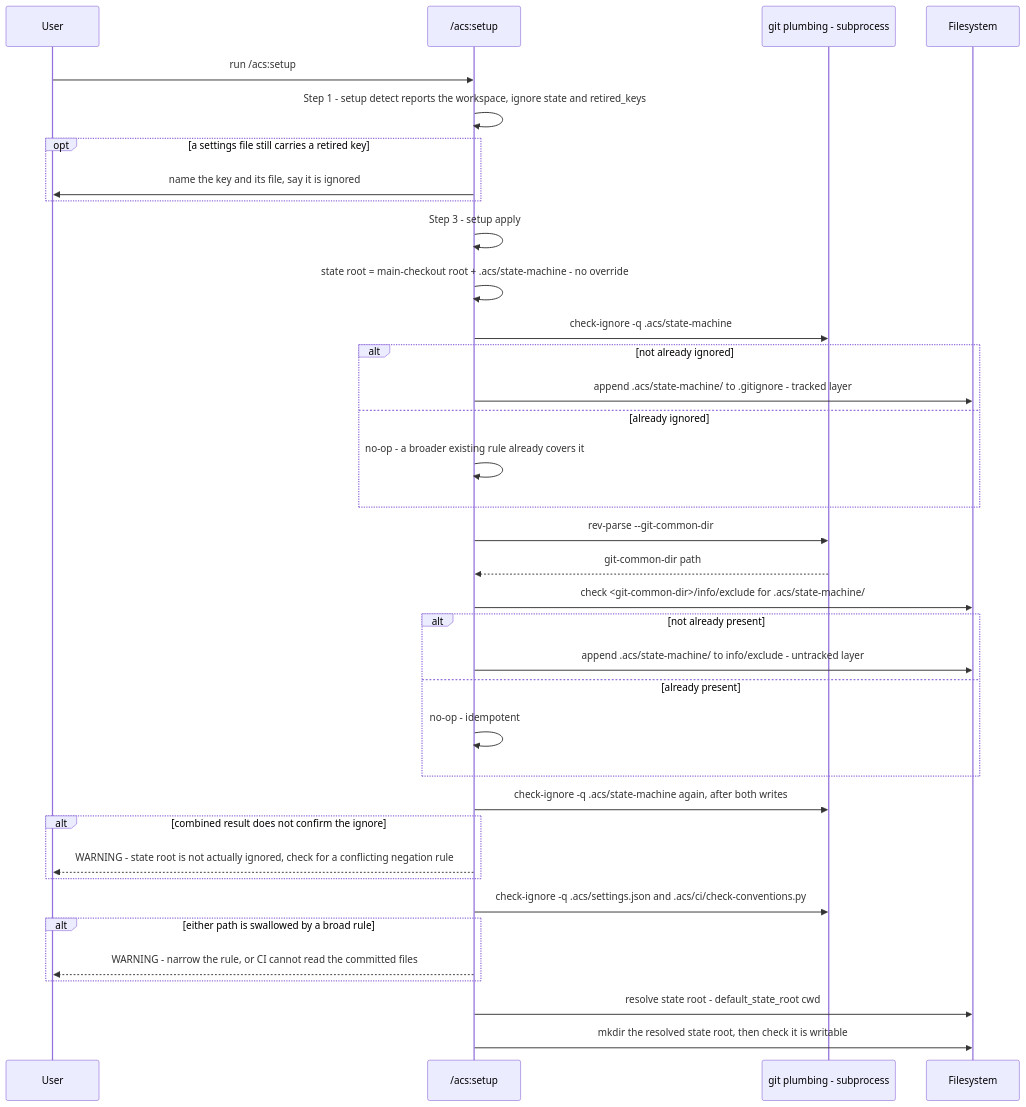
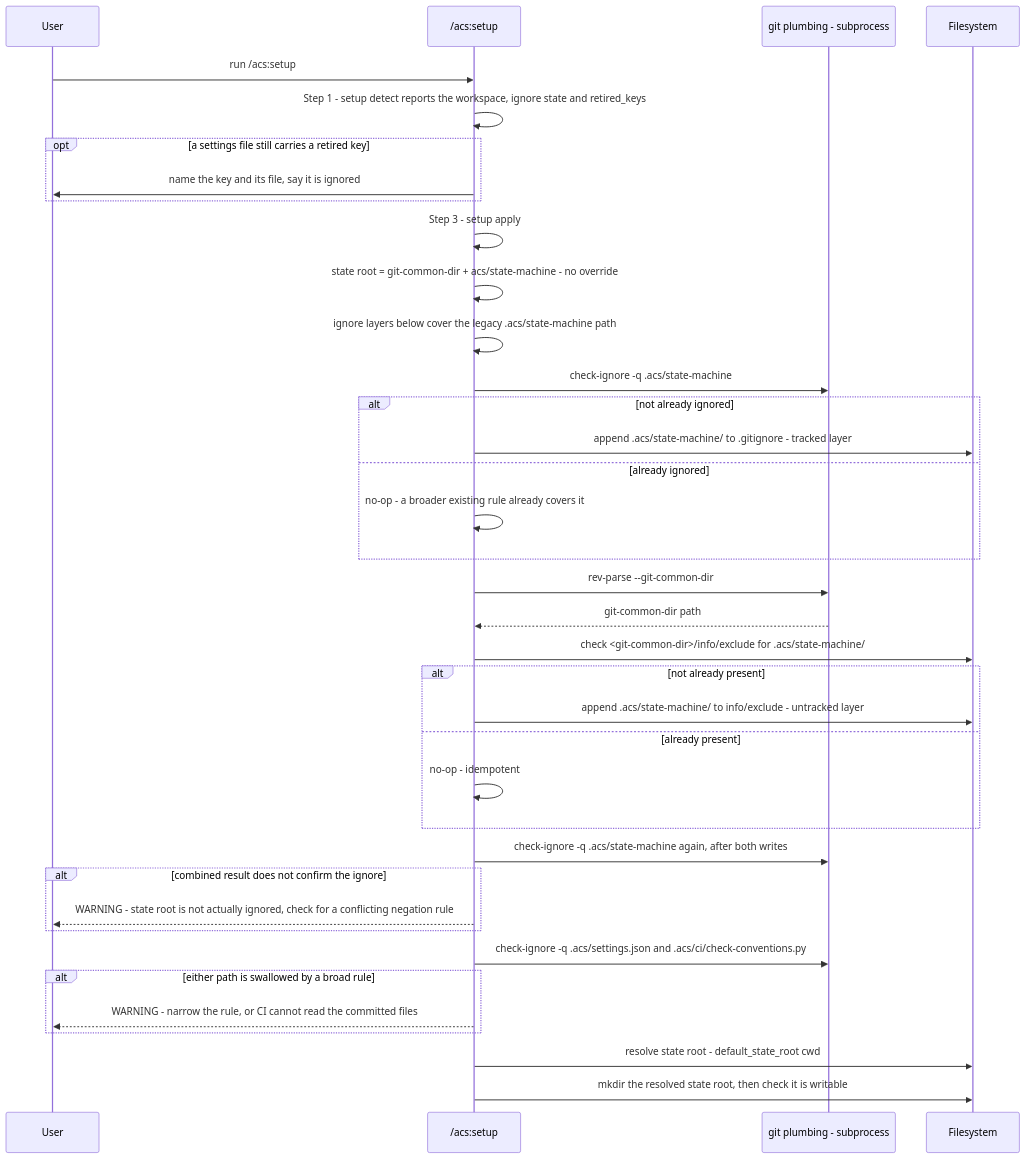
Before and after one commit to globalmindsolution/gms-marketplace: the diagram in docs/architecture/lld/flows/setup-state-root-setup.md, drawn with Mermaid. The commit also changed other lines of this file and 417 other files, not shown here.

First line of the commit message:
WIP: acs state in the git common dir; state writes through acs.py (in progress)

````diff
--- a/docs/architecture/lld/flows/setup-state-root-setup.md
+++ b/docs/architecture/lld/flows/setup-state-root-setup.md
@@ -22,39 +25,40 @@
 ```mermaid
 sequenceDiagram
     participant User
     participant Init as /acs:setup
     participant Git as git plumbing - subprocess
     participant FS as Filesystem
 
     User->>Init: run /acs:setup
     Init->>Init: Step 1 - setup detect reports the workspace, ignore state and retired_keys
     opt a settings file still carries a retired key
         Init->>User: name the key and its file, say it is ignored
     end
     Init->>Init: Step 3 - setup apply
-    Init->>Init: state root = main-checkout root + .acs/state-machine - no override
+    Init->>Init: state root = git-common-dir + acs/state-machine - no override
+    Init->>Init: ignore layers below cover the legacy .acs/state-machine path
     Init->>Git: check-ignore -q .acs/state-machine
     alt not already ignored
         Init->>FS: append .acs/state-machine/ to .gitignore - tracked layer
     else already ignored
         Init->>Init: no-op - a broader existing rule already covers it
     end
     Init->>Git: rev-parse --git-common-dir
     Git-->>Init: git-common-dir path
     Init->>FS: check <git-common-dir>/info/exclude for .acs/state-machine/
     alt not already present
         Init->>FS: append .acs/state-machine/ to info/exclude - untracked layer
     else already present
         Init->>Init: no-op - idempotent
     end
     Init->>Git: check-ignore -q .acs/state-machine again, after both writes
     alt combined result does not confirm the ignore
         Init-->>User: WARNING - state root is not actually ignored, check for a conflicting negation rule
     end
     Init->>Git: check-ignore -q .acs/settings.json and .acs/ci/check-conventions.py
     alt either path is swallowed by a broad rule
         Init-->>User: WARNING - narrow the rule, or CI cannot read the committed files
     end
     Init->>FS: resolve state root - default_state_root cwd
     Init->>FS: mkdir the resolved state root, then check it is writable
 ```
````
